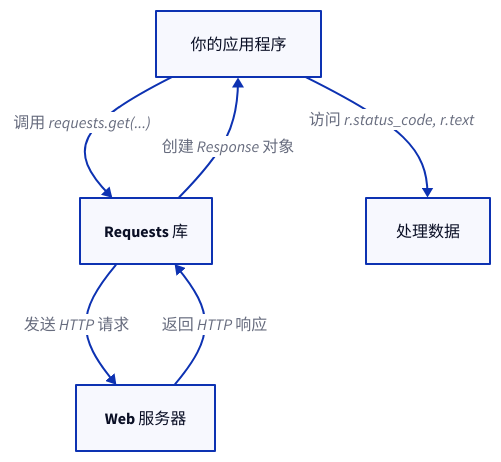
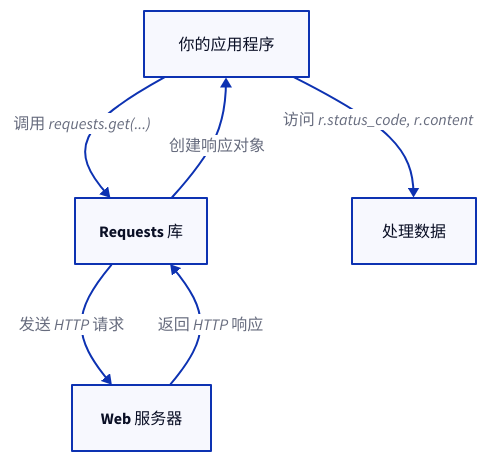
One commit to lban2049/requests changed the diagram in .aigne/doc-smith/docs/overview.zh.md. Above: the diagram before and after it, drawn with D2. The commit also changed other lines of this file and 31 other files, not shown here.

````diff
--- a/.aigne/doc-smith/docs/overview.zh.md
+++ b/.aigne/doc-smith/docs/overview.zh.md
@@ -29,14 +29,14 @@
 ```d2
 direction: down
 
 App: "你的应用程序"
 Lib: "Requests 库"
 Server: "Web 服务器"
 Process: "处理数据"
 
 App -> Lib: "调用 requests.get(...)"
 Lib -> Server: "发送 HTTP 请求"
 Server -> Lib: "返回 HTTP 响应"
-Lib -> App: "创建 Response 对象"
-App -> Process: "访问 r.status_code, r.text"
+Lib -> App: "创建响应对象"
+App -> Process: "访问 r.status_code, r.content"
 ```
````
